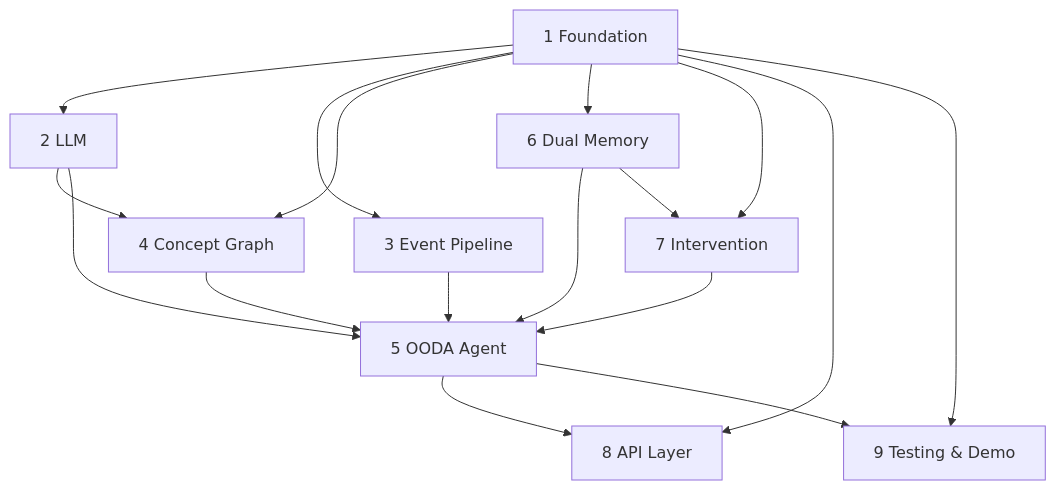
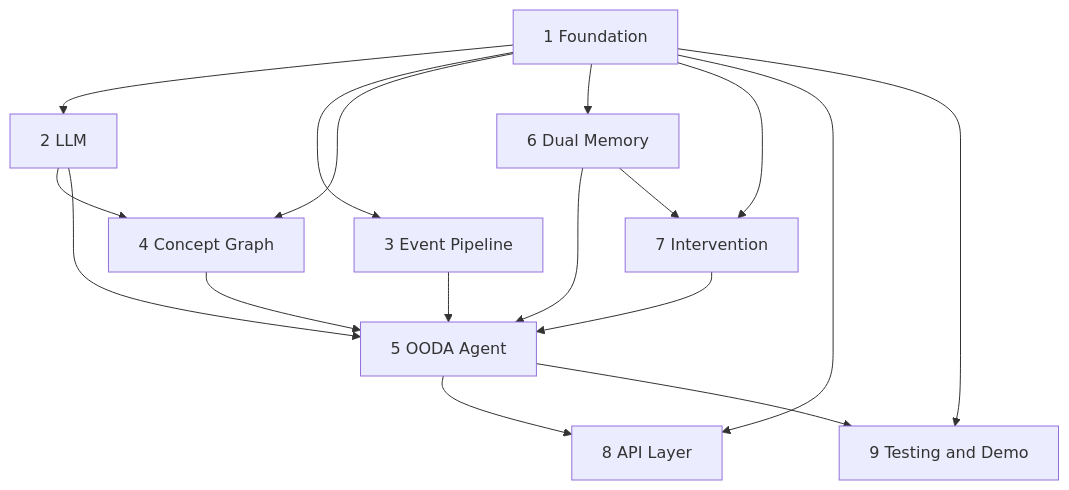
The second of 13 diagrams in docs/SYSTEM_DESIGN.md (Het-Shah21/AB6_AI), drawn with Mermaid before and after one commit. The commit also changed other lines of this file and 12 other files, not shown here.

First line of the commit message:
Fix Mermaid diagrams: <br/> -> <br> and resolve other GitHub-render issues

````diff
--- a/docs/SYSTEM_DESIGN.md
+++ b/docs/SYSTEM_DESIGN.md
@@ -150,19 +150,19 @@
 ```mermaid
 flowchart TB
     P1[1 Foundation] --> P2[2 LLM]
     P1 --> P3[3 Event Pipeline]
     P1 --> P4[4 Concept Graph]
     P1 --> P6[6 Dual Memory]
     P1 --> P7[7 Intervention]
     P2 --> P4
     P2 --> P5[5 OODA Agent]
     P3 --> P5
     P4 --> P5
     P5 --> P8[8 API Layer]
-    P5 --> P9[9 Testing & Demo]
+    P5 --> P9["9 Testing and Demo"]
     P6 --> P5
     P6 --> P7
     P7 --> P5
     P1 --> P8
     P1 --> P9
 ```
````
